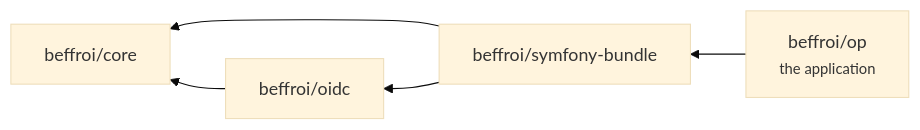
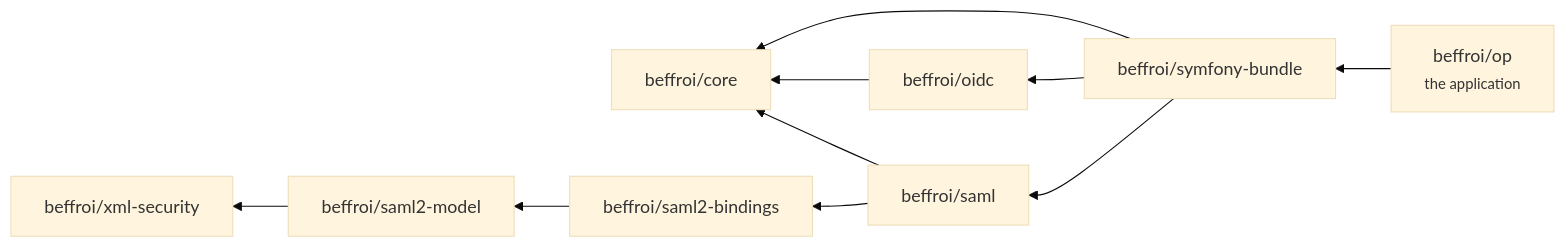
The diagram in docs/the-project/packages.md (beffroi-auth/docs), drawn with Mermaid (base theme) before and after one commit. The commit also changed other lines of this file and 16 other files, not shown here.

````diff
--- a/docs/the-project/packages.md
+++ b/docs/the-project/packages.md
@@ -48,7 +60,12 @@
 ``` mermaid
 graph RL
   op["beffroi/op<br/><small>the application</small>"] --> bundle["beffroi/symfony-bundle"]
   bundle --> oidc["beffroi/oidc"]
+  bundle --> saml["beffroi/saml"]
   bundle --> core["beffroi/core"]
   oidc --> core
+  saml --> core
+  saml --> bindings["beffroi/saml2-bindings"]
+  bindings --> model["beffroi/saml2-model"]
+  model --> xml["beffroi/xml-security"]
 ```
````
